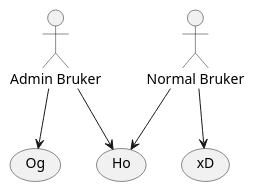
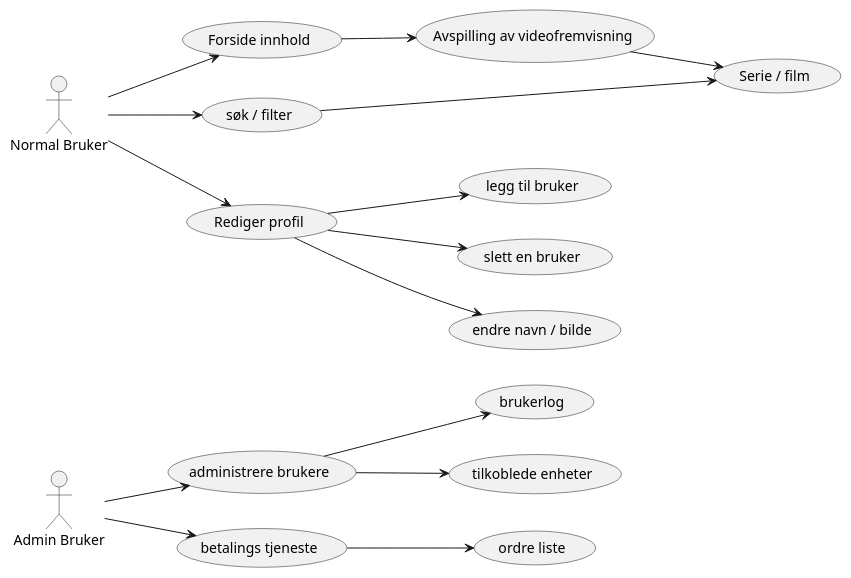
One commit to mapclean9r/sandbox changed the diagram in oppgave_1.puml. Above: the diagram before and after it, drawn with PlantUML.

```diff
--- a/oppgave_1.puml
+++ b/oppgave_1.puml
@@ -1,12 +1,32 @@
 @startuml
 
+left to right direction
 :Admin Bruker: as Admin
 :Normal Bruker: as Bruker
 
-Admin --> (Og)
-Admin --> (Ho)
+Admin --> (administrere brukere)
+(administrere brukere) --> (brukerlog)
+(administrere brukere) --> (tilkoblede enheter)
 
-Bruker --> (Ho)
-Bruker --> (xD)
+Admin --> (betalings tjeneste)
+(betalings tjeneste) --> (ordre liste)
+
+
+
+(Forside innhold) --> (Avspilling av videofremvisning)
+Bruker --> (Forside innhold)
+
+Bruker --> (søk / filter)
+
+
+Bruker --> (Rediger profil)
+(Rediger profil) --> (legg til bruker)
+(Rediger profil) --> (slett en bruker)
+(Rediger profil) --> (endre navn / bilde)
+
+(søk / filter) --> (Serie / film)
+(Avspilling av videofremvisning) --> (Serie / film)
+
+
 
 @enduml
```
